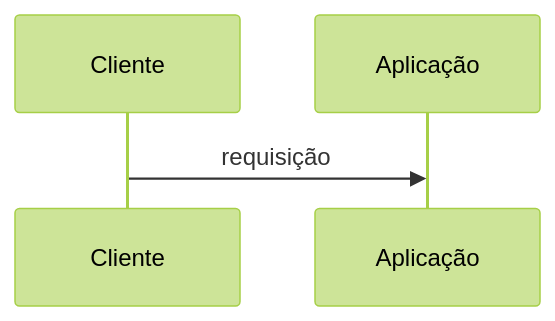
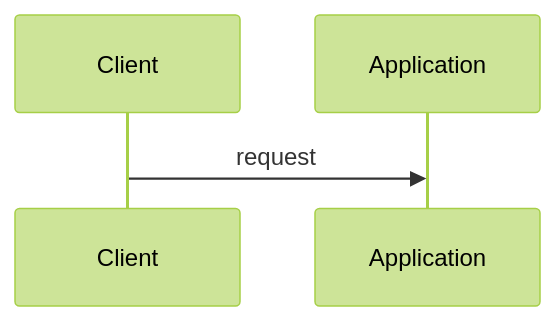
One commit to AdilsonNoveli/saas-starter-kit-cloudflare changed the second of 2 diagrams in docs/flows.md. Above: the diagram before and after it, drawn with Mermaid (forest theme). The commit also changed other lines of this file and 17 other files, not shown here.

````diff
--- a/docs/flows.md
+++ b/docs/flows.md
@@ -11,6 +11,6 @@
 ```mermaid
 sequenceDiagram
-  participant Cliente
-  participant Aplicação
-  Cliente->>Aplicação: requisição
+  participant Client
+  participant Application
+  Client->>Application: request
 ```
````
